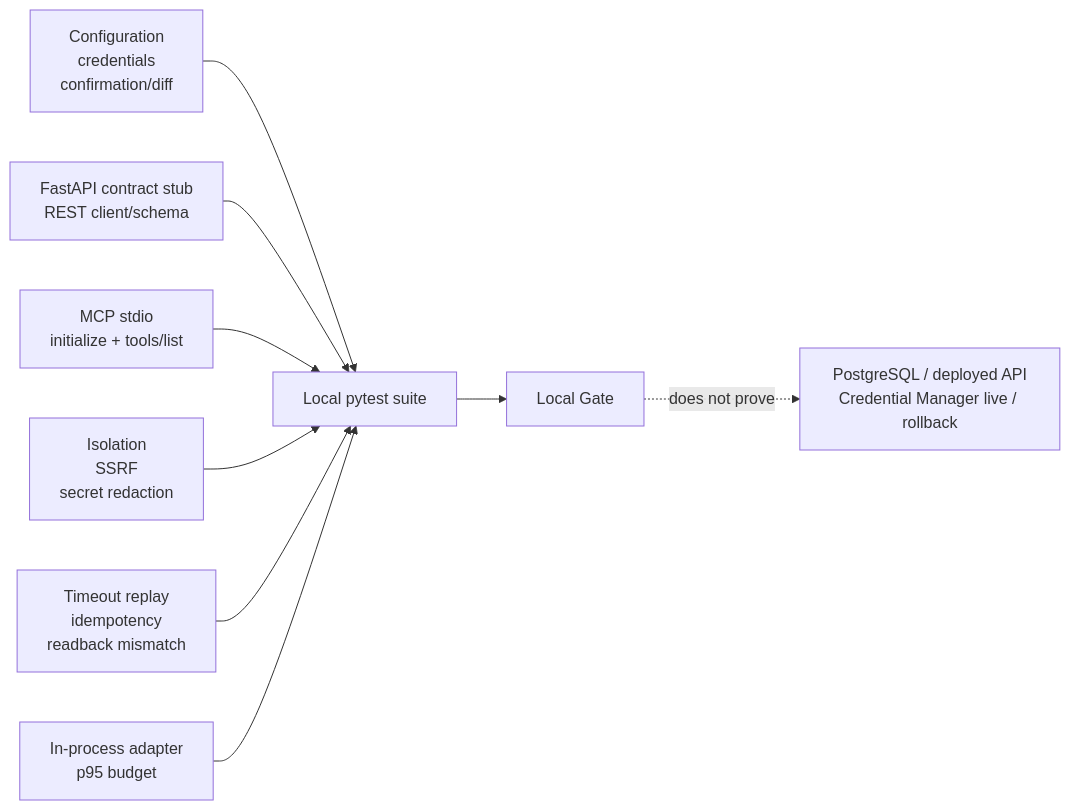
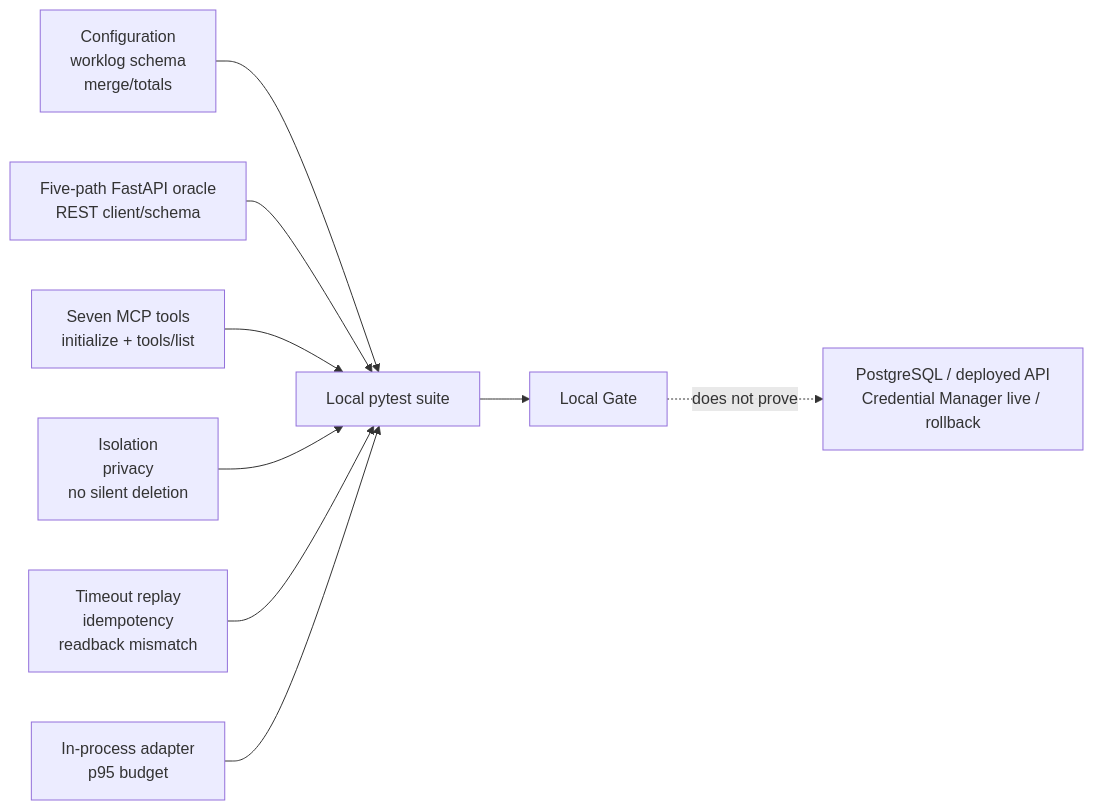
One commit to ElroyKwon/LSS_ERP changed the diagram in docs/mcp/LOCAL-VERIFICATION.md. Above: the diagram before and after it, drawn with Mermaid. The commit also changed other lines of this file and 20 other files, not shown here.

````diff
--- a/docs/mcp/LOCAL-VERIFICATION.md
+++ b/docs/mcp/LOCAL-VERIFICATION.md
@@ -13,11 +13,11 @@
 ```mermaid
 flowchart LR
-    UNIT["Configuration<br/>credentials<br/>confirmation/diff"] --> SUITE["Local pytest suite"]
-    CONTRACT["FastAPI contract stub<br/>REST client/schema"] --> SUITE
-    PROTOCOL["MCP stdio<br/>initialize + tools/list"] --> SUITE
-    SECURITY["Isolation<br/>SSRF<br/>secret redaction"] --> SUITE
+    UNIT["Configuration<br/>worklog schema<br/>merge/totals"] --> SUITE["Local pytest suite"]
+    CONTRACT["Five-path FastAPI oracle<br/>REST client/schema"] --> SUITE
+    PROTOCOL["Seven MCP tools<br/>initialize + tools/list"] --> SUITE
+    SECURITY["Isolation<br/>privacy<br/>no silent deletion"] --> SUITE
     FAULT["Timeout replay<br/>idempotency<br/>readback mismatch"] --> SUITE
     PERF["In-process adapter<br/>p95 budget"] --> SUITE
     SUITE --> LOCAL["Local Gate"]
     LOCAL -. "does not prove" .-> REAL["PostgreSQL / deployed API<br/>Credential Manager live / rollback"]
 ```
````
